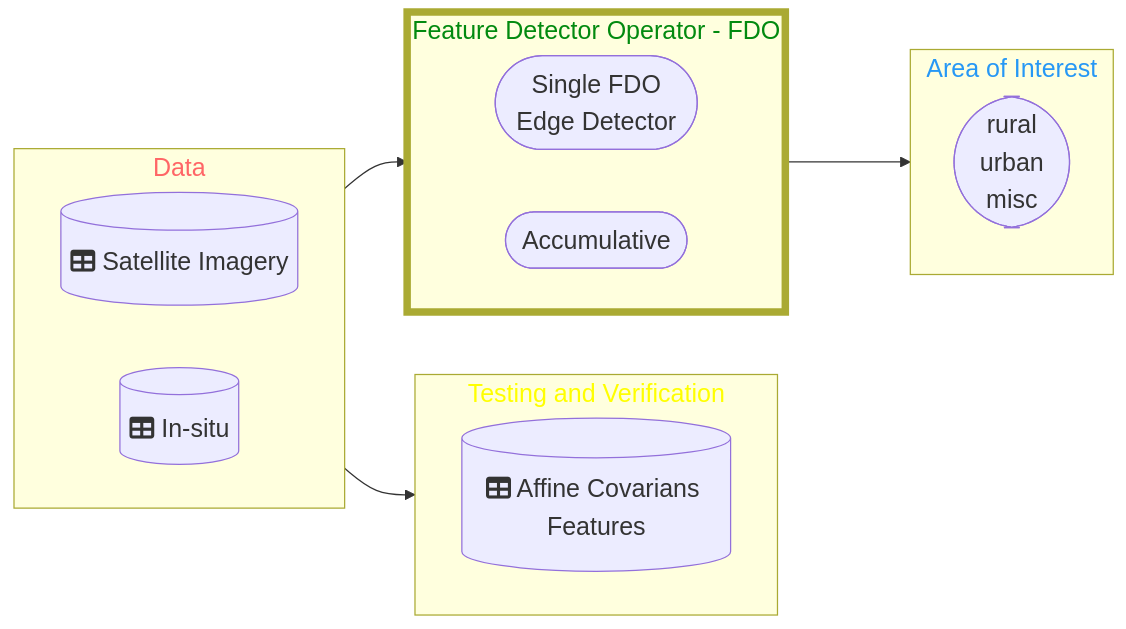
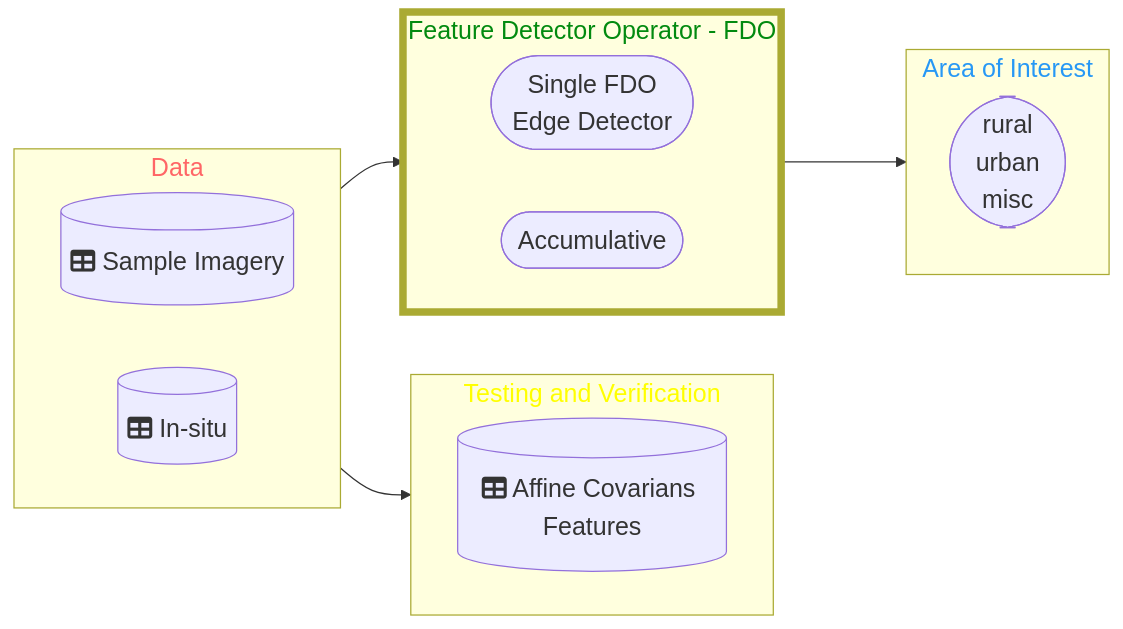
The diagram in Application/README.md (DippoldEJ/Feature-Detection-and-Explanation), drawn with Mermaid before and after one commit.

````diff
--- a/Application/README.md
+++ b/Application/README.md
@@ -13,39 +13,39 @@
 ```mermaid
 flowchart LR;
 %%{init: {
 	'themeVariables': { 'fontSize': '20px', 'fontFamily': 'Didot'}
 	}
 }%%
 
  subgraph n[Data]
         direction LR
-        h[(fa:fa-table  Satellite Imagery)]
+        h[(fa:fa-table Sample Imagery)]
 		s[(fa:fa-table In-situ)]
     end
 
  subgraph q[Testing and Verification]
         direction LR
         r[(fa:fa-table Affine Covarians Features)]
     end
 
  subgraph o[Feature Detector Operator - FDO]
         direction LR
         j([Single FDO <br /> Edge Detector])
         m([Accumulative])
     end
 
 subgraph p[Area of Interest]
     a([rural <br /> urban  <br />  misc])
     end
 
 style n color:#f66
 style o stroke-width:6px
 style o color:#028A0F
 style p color:#2798F5
 style q color:#FFFF00
 
 n-->o
 o-->p
 n-->q
 
 ```
````
